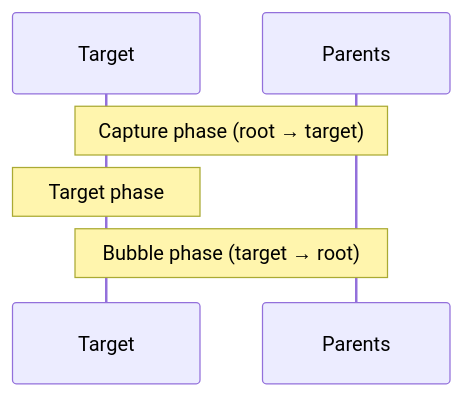
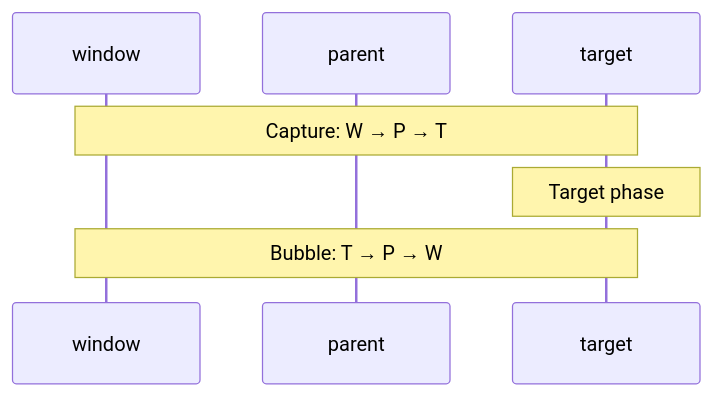
One commit to prajjwaljogdand/FullstackPreparation changed the third of 6 diagrams in docs/javascript/19-browser-apis.md. Above: the diagram before and after it, drawn with Mermaid. The commit also changed other lines of this file and 91 other files, not shown here.

````diff
--- a/docs/javascript/19-browser-apis.md
+++ b/docs/javascript/19-browser-apis.md
@@ -36,8 +128,9 @@
 ```mermaid
 sequenceDiagram
-  participant T as Target
-  participant P as Parents
-  Note over P,T: Capture phase (root → target)
+  participant W as window
+  participant P as parent
+  participant T as target
+  Note over W,T: Capture: W → P → T
   Note over T: Target phase
-  Note over P,T: Bubble phase (target → root)
+  Note over W,T: Bubble: T → P → W
 ```
````
